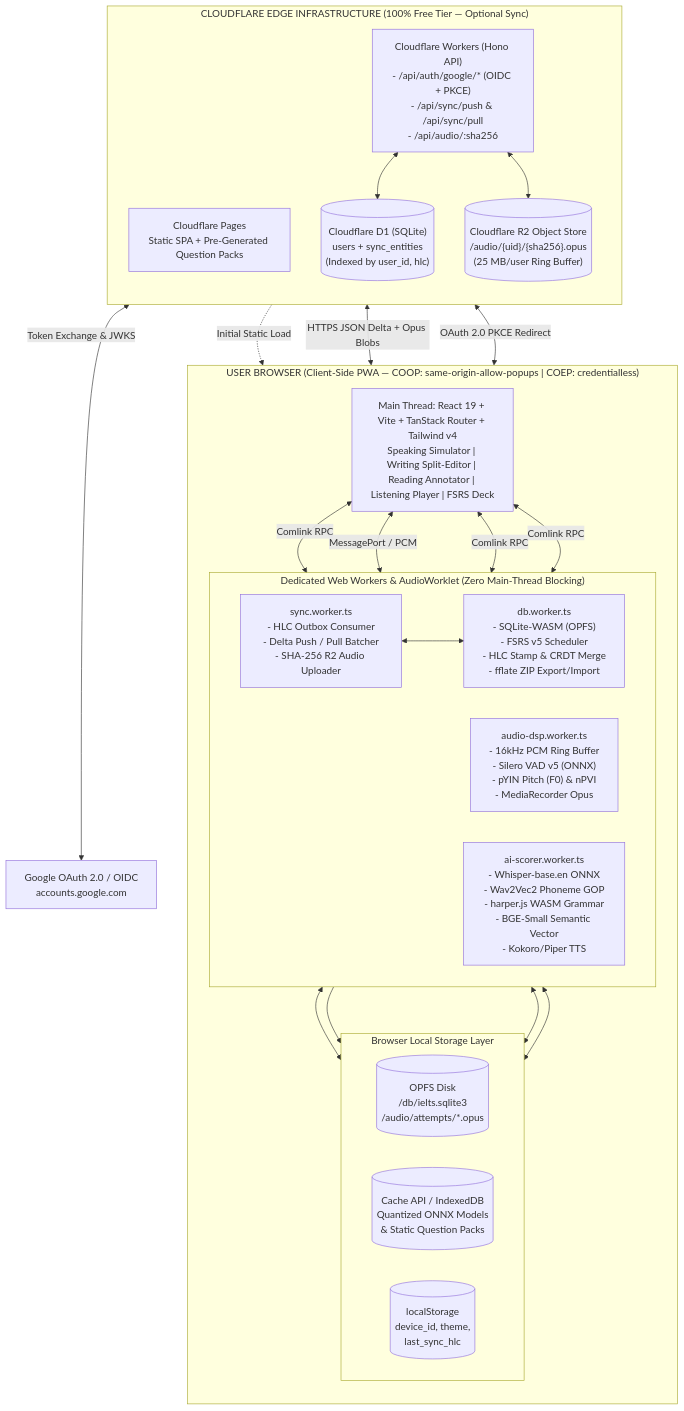
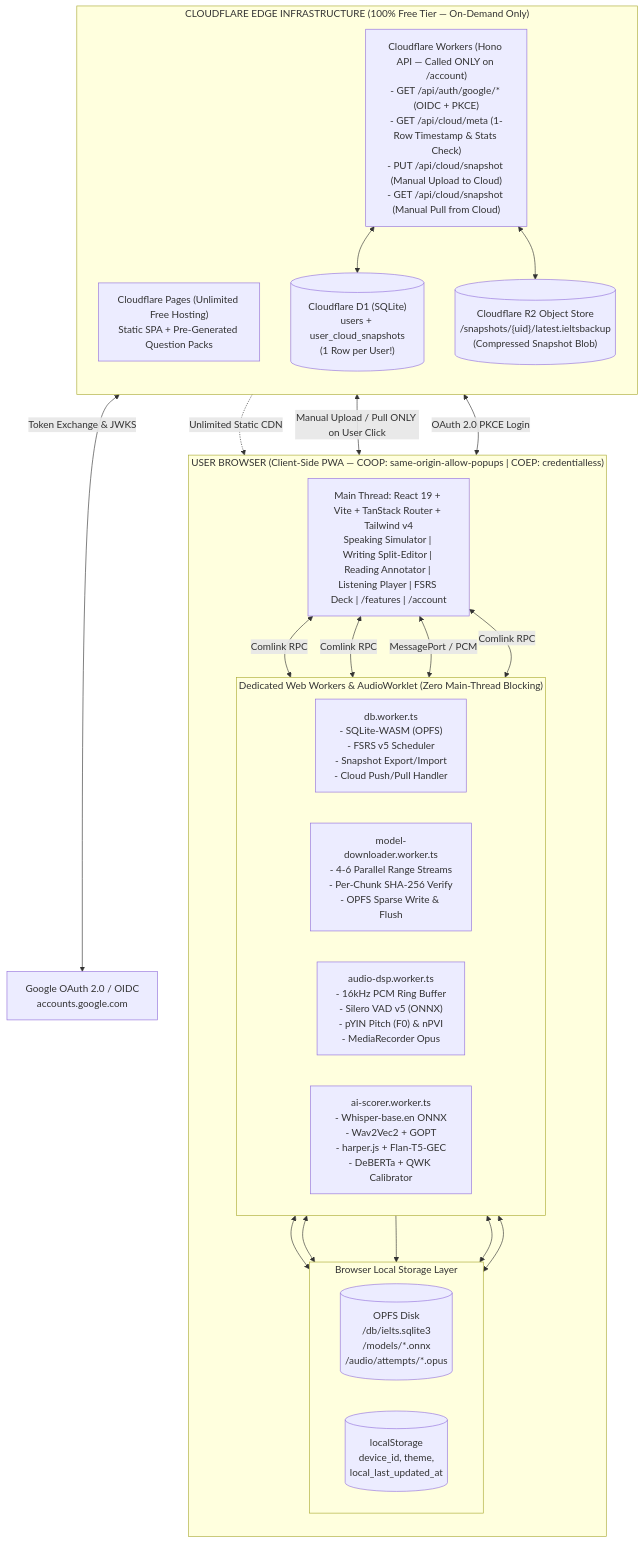
The first of 12 diagrams in megaplan.md (rafaelatantya/ielts), drawn with Mermaid before and after one commit. The commit also changed other lines of this file and 1 other file, not shown here.

Commit message:
fix(docs): fix Mermaid sequenceDiagram semicolon error and switch to manual /account cloud snapshot push/pull with double confirmation

````diff
--- a/megaplan.md
+++ b/megaplan.md
@@ -57,51 +58,50 @@
 ```mermaid
 flowchart TB
     subgraph Browser["USER BROWSER (Client-Side PWA — COOP: same-origin-allow-popups | COEP: credentialless)"]
         direction TB
-        UI["Main Thread: React 19 + Vite + TanStack Router + Tailwind v4<br/>Speaking Simulator | Writing Split-Editor | Reading Annotator | Listening Player | FSRS Deck"]
+        UI["Main Thread: React 19 + Vite + TanStack Router + Tailwind v4<br/>Speaking Simulator | Writing Split-Editor | Reading Annotator | Listening Player | FSRS Deck | /features | /account"]
 
         subgraph Workers["Dedicated Web Workers & AudioWorklet (Zero Main-Thread Blocking)"]
             direction LR
-            DBW["db.worker.ts<br/>- SQLite-WASM (OPFS)<br/>- FSRS v5 Scheduler<br/>- HLC Stamp & CRDT Merge<br/>- fflate ZIP Export/Import"]
+            DBW["db.worker.ts<br/>- SQLite-WASM (OPFS)<br/>- FSRS v5 Scheduler<br/>- Snapshot Export/Import<br/>- Cloud Push/Pull Handler"]
+            DLW["model-downloader.worker.ts<br/>- 4-6 Parallel Range Streams<br/>- Per-Chunk SHA-256 Verify<br/>- OPFS Sparse Write & Flush"]
             DSPW["audio-dsp.worker.ts<br/>- 16kHz PCM Ring Buffer<br/>- Silero VAD v5 (ONNX)<br/>- pYIN Pitch (F0) & nPVI<br/>- MediaRecorder Opus"]
-            AIW["ai-scorer.worker.ts<br/>- Whisper-base.en ONNX<br/>- Wav2Vec2 Phoneme GOP<br/>- harper.js WASM Grammar<br/>- BGE-Small Semantic Vector<br/>- Kokoro/Piper TTS"]
-            SYNCW["sync.worker.ts<br/>- HLC Outbox Consumer<br/>- Delta Push / Pull Batcher<br/>- SHA-256 R2 Audio Uploader"]
+            AIW["ai-scorer.worker.ts<br/>- Whisper-base.en ONNX<br/>- Wav2Vec2 + GOPT<br/>- harper.js + Flan-T5-GEC<br/>- DeBERTa + QWK Calibrator"]
         end
 
         subgraph LocalStore["Browser Local Storage Layer"]
             direction LR
-            OPFS[("OPFS Disk<br/>/db/ielts.sqlite3<br/>/audio/attempts/*.opus")]
-            CACHE[("Cache API / IndexedDB<br/>Quantized ONNX Models<br/>& Static Question Packs")]
-            LSTOR[("localStorage<br/>device_id, theme,<br/>last_sync_hlc")]
+            OPFS[("OPFS Disk<br/>/db/ielts.sqlite3<br/>/models/*.onnx<br/>/audio/attempts/*.opus")]
+            LSTOR[("localStorage<br/>device_id, theme,<br/>local_last_updated_at")]
         end
 
         UI <-->|"Comlink RPC"| DBW
+        UI <-->|"Comlink RPC"| DLW
         UI <-->|"MessagePort / PCM"| DSPW
         UI <-->|"Comlink RPC"| AIW
-        UI <-->|"Comlink RPC"| SYNCW
 
         DBW <--> OPFS
+        DLW <--> OPFS
         DSPW --> OPFS
-        AIW <--> CACHE
-        SYNCW <--> DBW
-        SYNCW <--> LSTOR
+        AIW <--> OPFS
+        DBW <--> LSTOR
     end
 
-    subgraph Cloudflare["CLOUDFLARE EDGE INFRASTRUCTURE (100% Free Tier — Optional Sync)"]
+    subgraph Cloudflare["CLOUDFLARE EDGE INFRASTRUCTURE (100% Free Tier — On-Demand Only)"]
         direction TB
-        CFP["Cloudflare Pages<br/>Static SPA + Pre-Generated Question Packs"]
-        CFW["Cloudflare Workers (Hono API)<br/>- /api/auth/google/* (OIDC + PKCE)<br/>- /api/sync/push & /api/sync/pull<br/>- /api/audio/:sha256"]
-        CFD1[("Cloudflare D1 (SQLite)<br/>users + sync_entities<br/>(Indexed by user_id, hlc)")]
-        CFR2[("Cloudflare R2 Object Store<br/>/audio/{uid}/{sha256}.opus<br/>(25 MB/user Ring Buffer)")]
+        CFP["Cloudflare Pages (Unlimited Free Hosting)<br/>Static SPA + Pre-Generated Question Packs"]
+        CFW["Cloudflare Workers (Hono API — Called ONLY on /account)<br/>- GET /api/auth/google/* (OIDC + PKCE)<br/>- GET /api/cloud/meta (1-Row Timestamp & Stats Check)<br/>- PUT /api/cloud/snapshot (Manual Upload to Cloud)<br/>- GET /api/cloud/snapshot (Manual Pull from Cloud)"]
+        CFD1[("Cloudflare D1 (SQLite)<br/>users + user_cloud_snapshots<br/>(1 Row per User!)")]
+        CFR2[("Cloudflare R2 Object Store<br/>/snapshots/{uid}/latest.ieltsbackup<br/>(Compressed Snapshot Blob)")]
 
         CFW <--> CFD1
         CFW <--> CFR2
     end
 
     Google["Google OAuth 2.0 / OIDC<br/>accounts.google.com"]
 
-    CFP -.->|"Initial Static Load"| UI
-    SYNCW <-->|"HTTPS JSON Delta + Opus Blobs"| CFW
-    UI <-->|"OAuth 2.0 PKCE Redirect"| CFW
+    CFP -.->|"Unlimited Static CDN"| UI
+    DBW <-->|"Manual Upload / Pull ONLY on User Click"| CFW
+    UI <-->|"OAuth 2.0 PKCE Login"| CFW
     CFW <-->|"Token Exchange & JWKS"| Google
 ```
````
